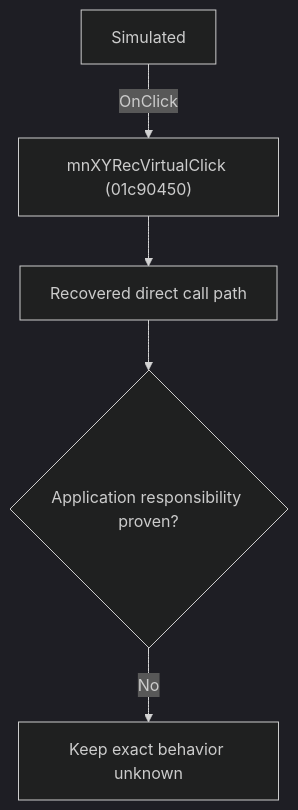
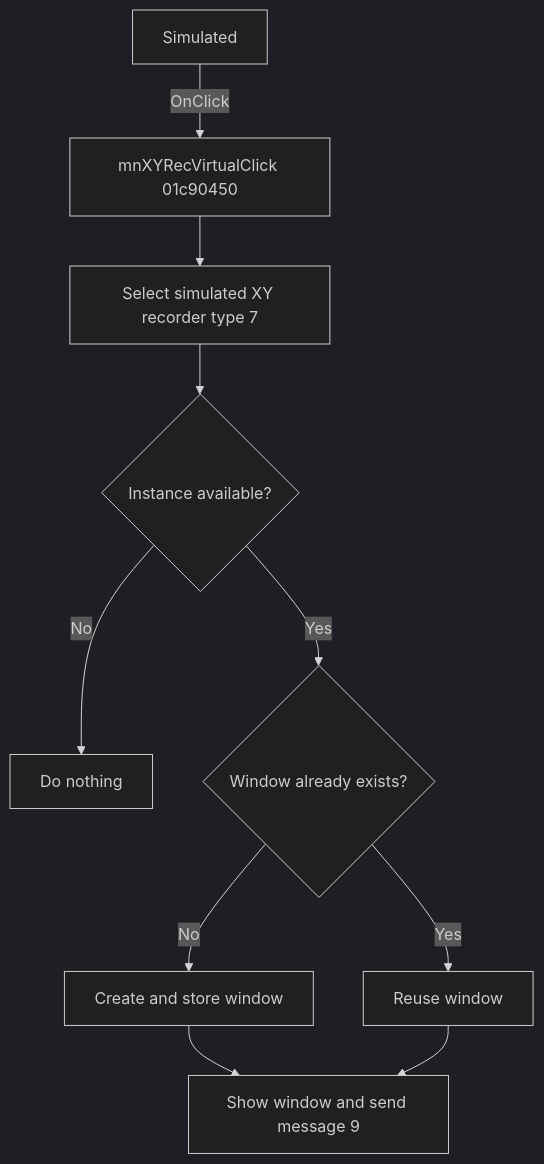
Before and after one commit to MovGP0/TIARA: the diagram in docs/ui-controls/schematiceditor/mnxyrecvirtual-5f57132e12.md, drawn with Mermaid (dark theme). The commit also changed other lines of this file and 241 other files, not shown here.

````diff
--- a/docs/ui-controls/schematiceditor/mnxyrecvirtual-5f57132e12.md
+++ b/docs/ui-controls/schematiceditor/mnxyrecvirtual-5f57132e12.md
@@ -27,7 +22,12 @@
 ```mermaid
 flowchart TD
-    control["Simulated"] -->|"OnClick"| handler["mnXYRecVirtualClick (01c90450)"]
-    handler --> recovered["Recovered direct call path"]
-    recovered --> gap{"Application responsibility proven?"}
-    gap -->|"No"| blocked["Keep exact behavior unknown"]
+    control["Simulated"] -->|"OnClick"| handler["mnXYRecVirtualClick 01c90450"]
+    handler --> coordinator["Select simulated XY recorder type 7"]
+    coordinator --> available{"Instance available?"}
+    available -->|"No"| noOp["Do nothing"]
+    available -->|"Yes"| slot{"Window already exists?"}
+    slot -->|"No"| create["Create and store window"]
+    slot -->|"Yes"| reuse["Reuse window"]
+    create --> show["Show window and send message 9"]
+    reuse --> show
 ```
````
